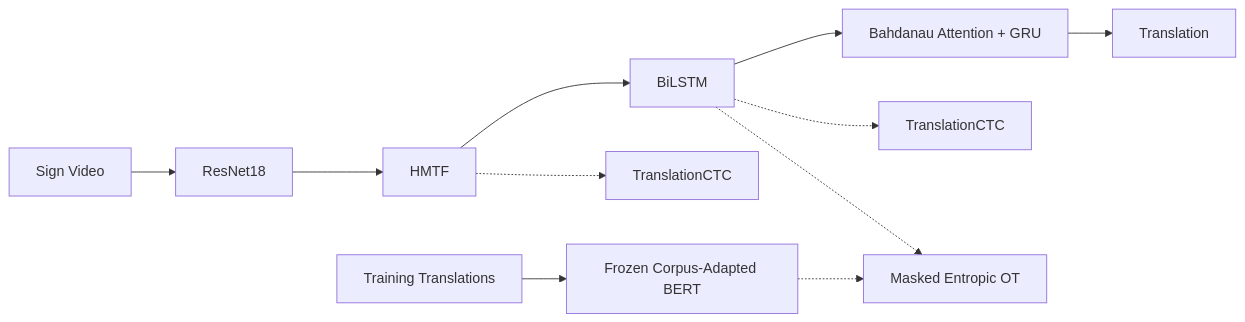
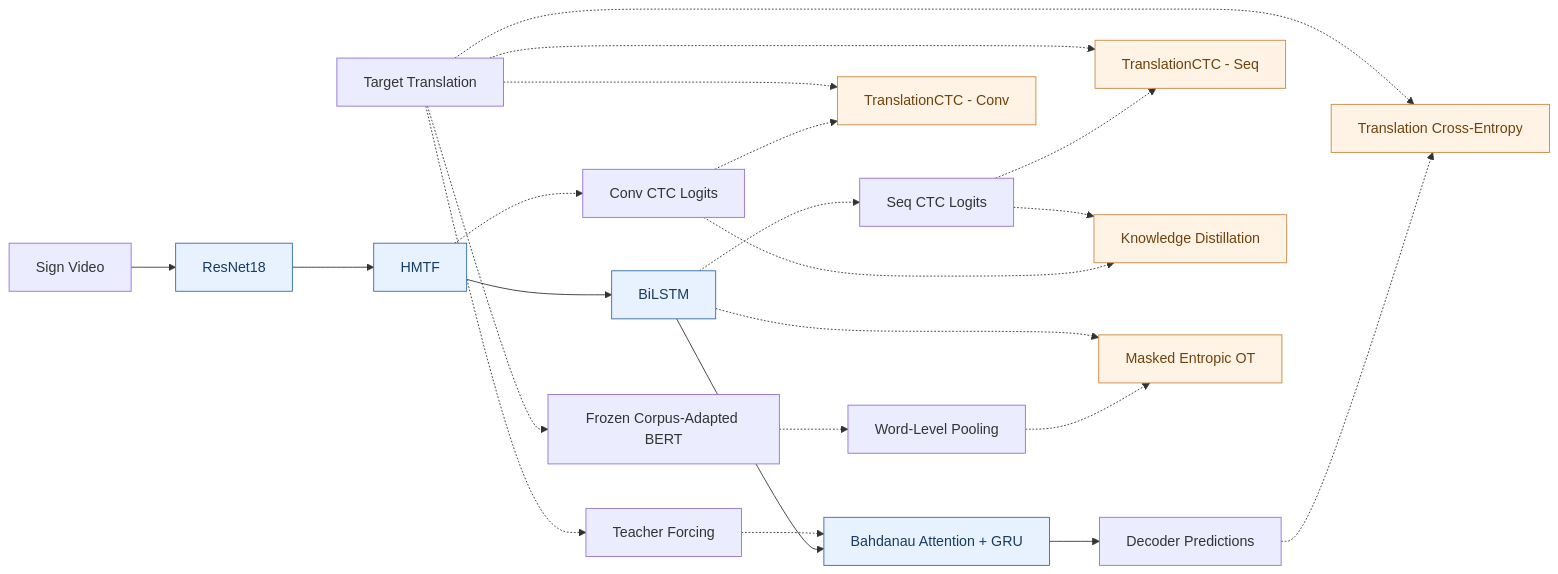
One commit to pallapumohankrishna/TransAlign-SLT changed the first of 2 diagrams in README.md. Above: the diagram before and after it, drawn with Mermaid. The commit also changed other lines of this file, not shown here.

````diff
--- a/README.md
+++ b/README.md
@@ -42,15 +41,36 @@
 ```mermaid
 flowchart LR
     V["Sign Video"] --> R["ResNet18"]
     R --> H["HMTF"]
     H --> B["BiLSTM"]
     B --> D["Bahdanau Attention + GRU"]
-    D --> Y["Translation"]
+    D --> P["Decoder Predictions"]
 
-    H -.-> C1["TranslationCTC"]
-    B -.-> C2["TranslationCTC"]
+    Y["Target Translation"] -.-> TF["Teacher Forcing"]
+    TF -.-> D
 
-    T["Training Translations"] --> E["Frozen Corpus-Adapted BERT"]
-    E -.-> O["Masked Entropic OT"]
-    B -.-> O
+    P -.-> CE["Translation Cross-Entropy"]
+    Y -.-> CE
+
+    H -.-> C1["Conv CTC Logits"]
+    B -.-> C2["Seq CTC Logits"]
+
+    C1 -.-> L1["TranslationCTC - Conv"]
+    C2 -.-> L2["TranslationCTC - Seq"]
+
+    Y -.-> L1
+    Y -.-> L2
+
+    C1 -.-> KD["Knowledge Distillation"]
+    C2 -.-> KD
+
+    Y -.-> E["Frozen Corpus-Adapted BERT"]
+    E -.-> WP["Word-Level Pooling"]
+    WP -.-> OT["Masked Entropic OT"]
+    B -.-> OT
+
+    classDef main fill:#e8f2ff,stroke:#326caa,color:#163c63
+    classDef aux fill:#fff3e5,stroke:#ca8740,color:#70420b
+    class R,H,B,D main
+    class CE,L1,L2,KD,OT aux
 ```
````
